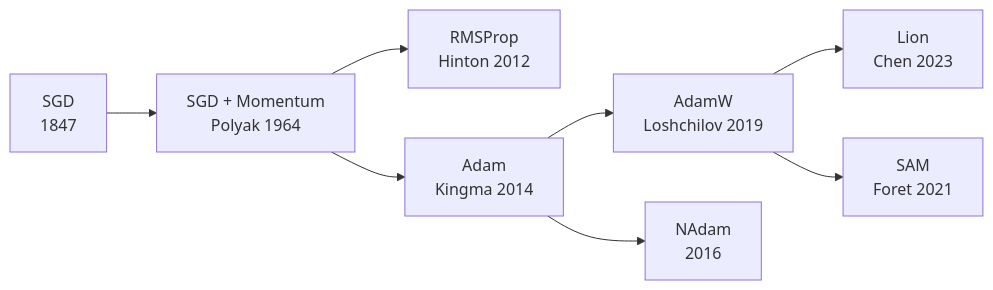
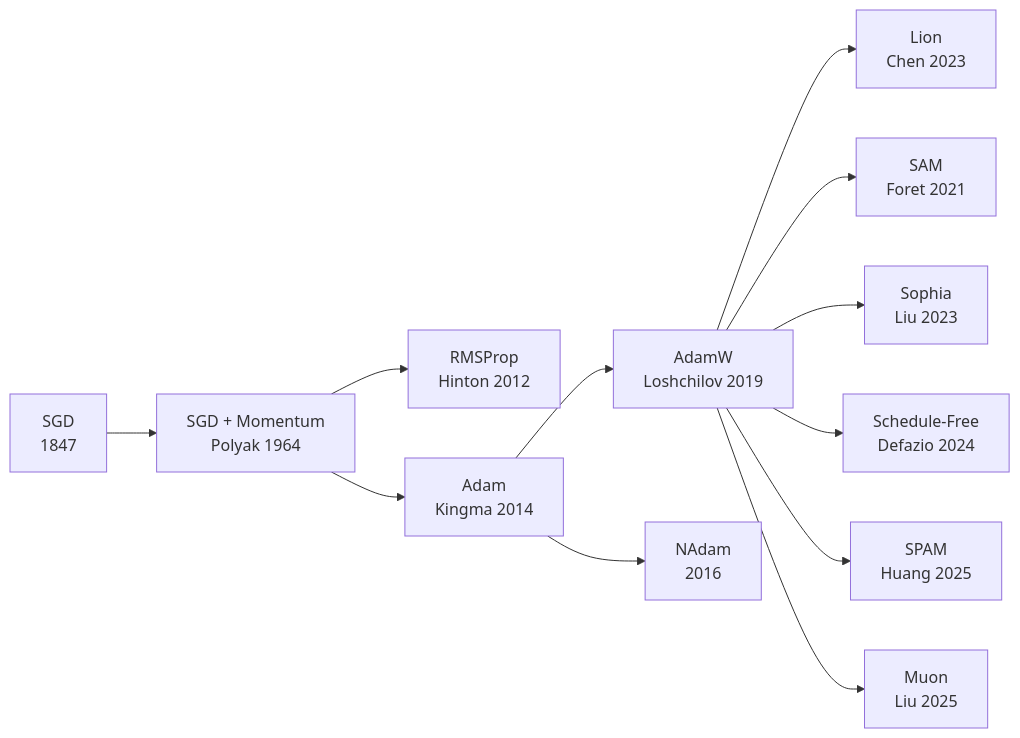
The first of 2 diagrams in lecture_notes/Knowledge Points/KP-02 - 現代優化器.md (xxleanlinxx/Stanford-ML-Specialization-LectureNote), drawn with Mermaid before and after one commit. The commit also changed other lines of this file and 28 other files, not shown here.

````diff
--- a/lecture_notes/Knowledge Points/KP-02 - 現代優化器.md
+++ b/lecture_notes/Knowledge Points/KP-02 - 現代優化器.md
@@ -29,10 +34,14 @@
 ```mermaid
 graph LR
     SGD["SGD<br/>1847"] --> MOMSGD["SGD + Momentum<br/>Polyak 1964"]
     MOMSGD --> RMSPROP["RMSProp<br/>Hinton 2012"]
     MOMSGD --> ADAM["Adam<br/>Kingma 2014"]
     ADAM --> ADAMW["AdamW<br/>Loshchilov 2019"]
     ADAM --> NADAM["NAdam<br/>2016"]
     ADAMW --> LION["Lion<br/>Chen 2023"]
     ADAMW --> SAM["SAM<br/>Foret 2021"]
+    ADAMW --> SOPHIA["Sophia<br/>Liu 2023"]
+    ADAMW --> SF["Schedule-Free<br/>Defazio 2024"]
+    ADAMW --> SPAM["SPAM<br/>Huang 2025"]
+    ADAMW --> MUON["Muon<br/>Liu 2025"]
 ```
````
